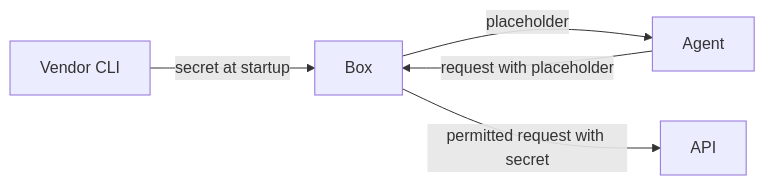
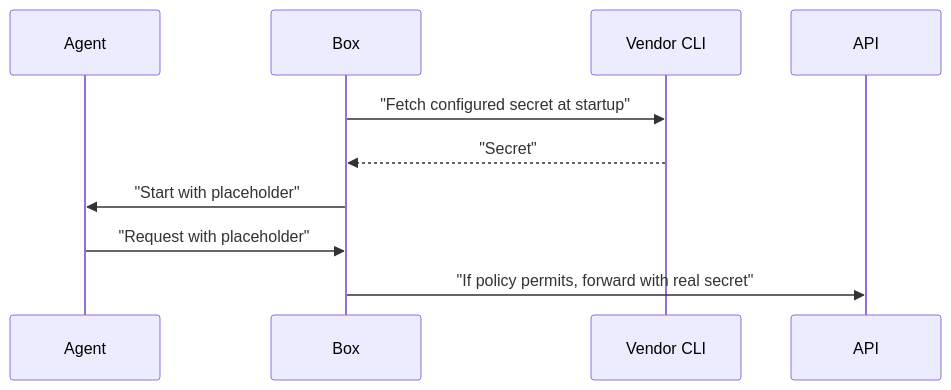
The diagram in team/designs/0006-secret-providers.md (strands-agents/box), drawn with Mermaid before and after one commit.

Commit message:
docs: show secret retrieval as a sequence diagram

````diff
--- a/team/designs/0006-secret-providers.md
+++ b/team/designs/0006-secret-providers.md
@@ -17,7 +17,12 @@
 ```mermaid
-flowchart LR
-    Provider["Vendor CLI"] -->|"secret at startup"| Box["Box"]
-    Box -->|"placeholder"| Agent["Agent"]
-    Agent -->|"request with placeholder"| Box
-    Box -->|"permitted request with secret"| API["API"]
+sequenceDiagram
+    participant Agent
+    participant Boundary as Box
+    participant Provider as Vendor CLI
+    participant API
+    Boundary->>Provider: "Fetch configured secret at startup"
+    Provider-->>Boundary: "Secret"
+    Boundary->>Agent: "Start with placeholder"
+    Agent->>Boundary: "Request with placeholder"
+    Boundary->>API: "If policy permits, forward with real secret"
 ```
````
